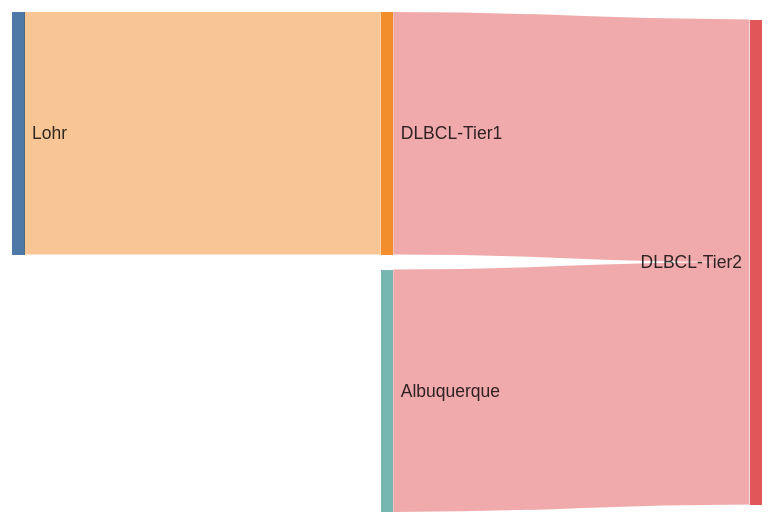
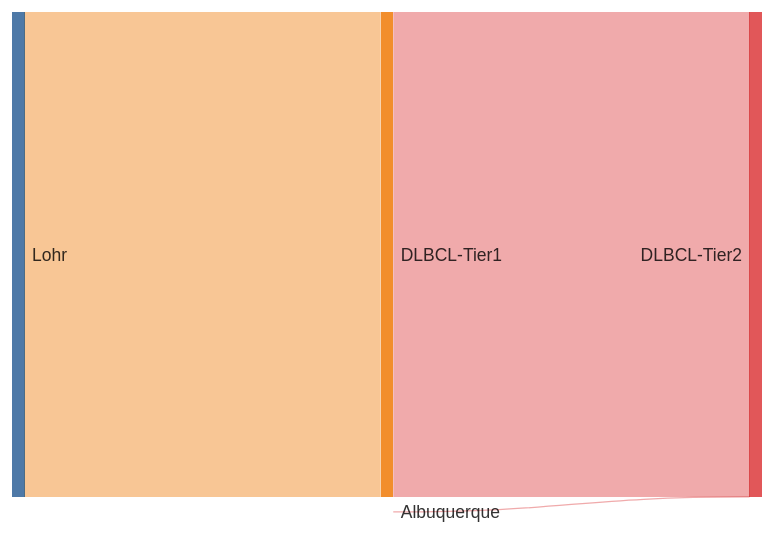
Before and after one commit to morinlab/lymphopedia: the diagram in sankey_test.md, drawn with Mermaid.

````diff
--- a/sankey_test.md
+++ b/sankey_test.md
@@ -3,15 +3,15 @@
 ```mermaid
 ---
 config:
   sankey:
     showValues: false
     linkColor: target
     width: 600
     height: 400
     nodeAlignment: right
 ---
 sankey-beta
 Lohr, DLBCL-Tier1, 1
 DLBCL-Tier1, DLBCL-Tier2, 1
-Albuquerque, DLBCL-Tier2, 1
+Albuquerque, DLBCL-Tier2, 0
 ```
````
